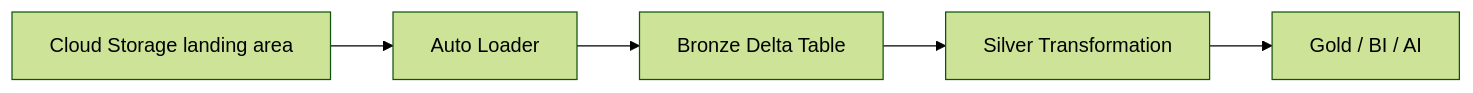
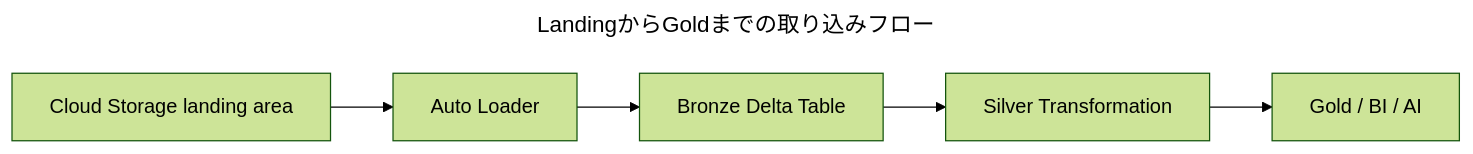
The diagram in dea-audio-learn/audio-scripts/dea-ingestion-001.md (yuyuyu0706/quiz-practice), drawn with Mermaid (forest theme) before and after one commit. The commit also changed 7 other files, not shown here.

Commit message:
Implement safe Mermaid diagrams for audio learn

````diff
--- a/dea-audio-learn/audio-scripts/dea-ingestion-001.md
+++ b/dea-audio-learn/audio-scripts/dea-ingestion-001.md
@@ -67,7 +67,12 @@
 ```mermaid
+---
+title: LandingからGoldまでの取り込みフロー
+---
 flowchart LR
+  accTitle: LandingからGoldまでの取り込みフロー
+  accDescr: Cloud Storage landing areaからAuto Loader、Bronze、Silver、Goldへ進む基本的な流れを示します。
   A[Cloud Storage landing area] --> B[Auto Loader]
   B --> C[Bronze Delta Table]
   C --> D[Silver Transformation]
   D --> E[Gold / BI / AI]
 ```
````
